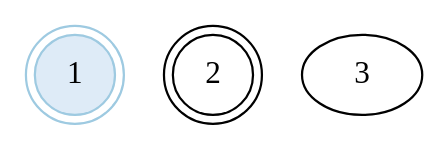
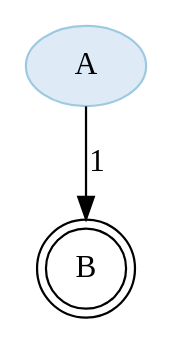
Before and after one commit to SebastianG10/AutoCheck: the diagram in myapp/view/my-graph.gv, drawn with Graphviz. The commit also changed 2 other files, not shown here.

```diff
--- a/myapp/view/my-graph.gv
+++ b/myapp/view/my-graph.gv
@@ -1,10 +1,10 @@
 strict digraph {
 
 
-	"1" [ color="2", colorscheme="blues3", fillcolor="1", shape="doublecircle", style="filled",  weight=0 ];
+	"A" [ color="2", colorscheme="blues3", fillcolor="1", style="filled",  weight=0 ];
 
-	"2" [ shape="doublecircle",  weight=0 ];
+	"A" -> "B" [ label="1",  weight=0 ];
 
-	"3" [  weight=0 ];
+	"B" [ shape="doublecircle",  weight=0 ];
 
 }
```
